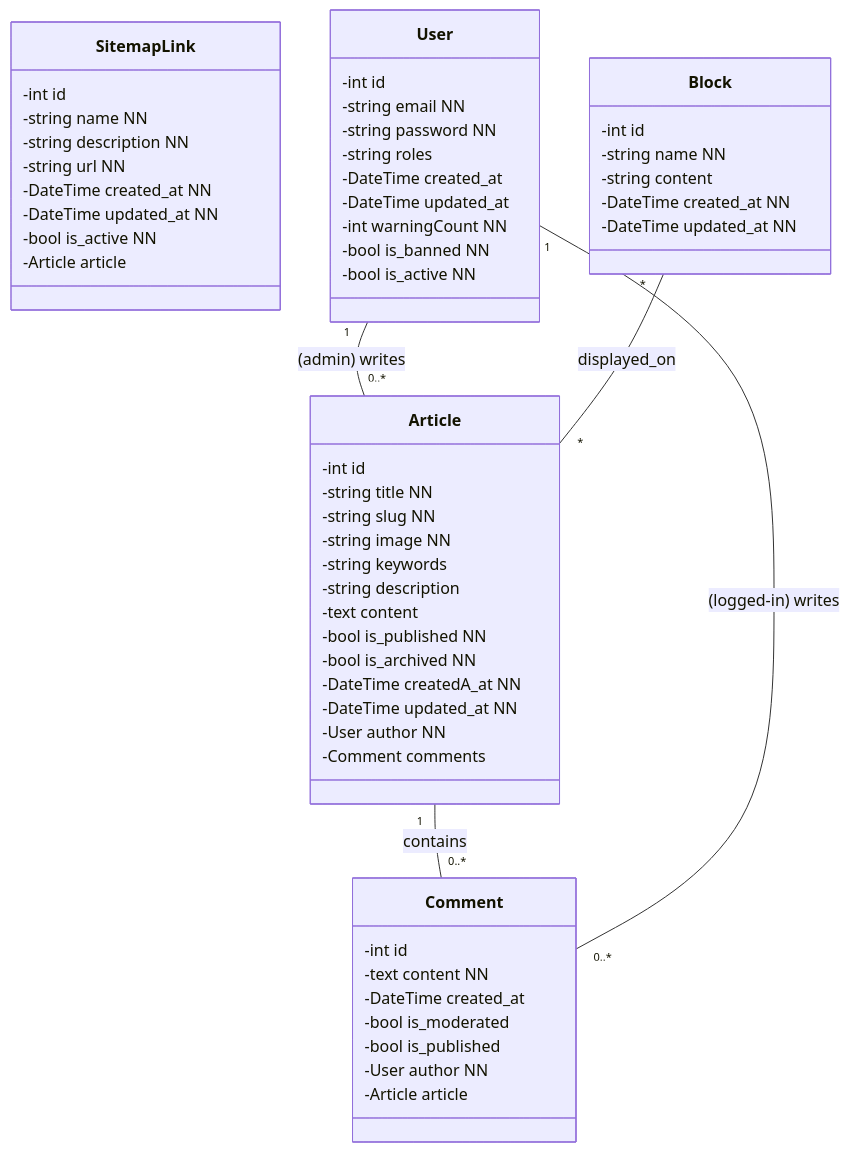
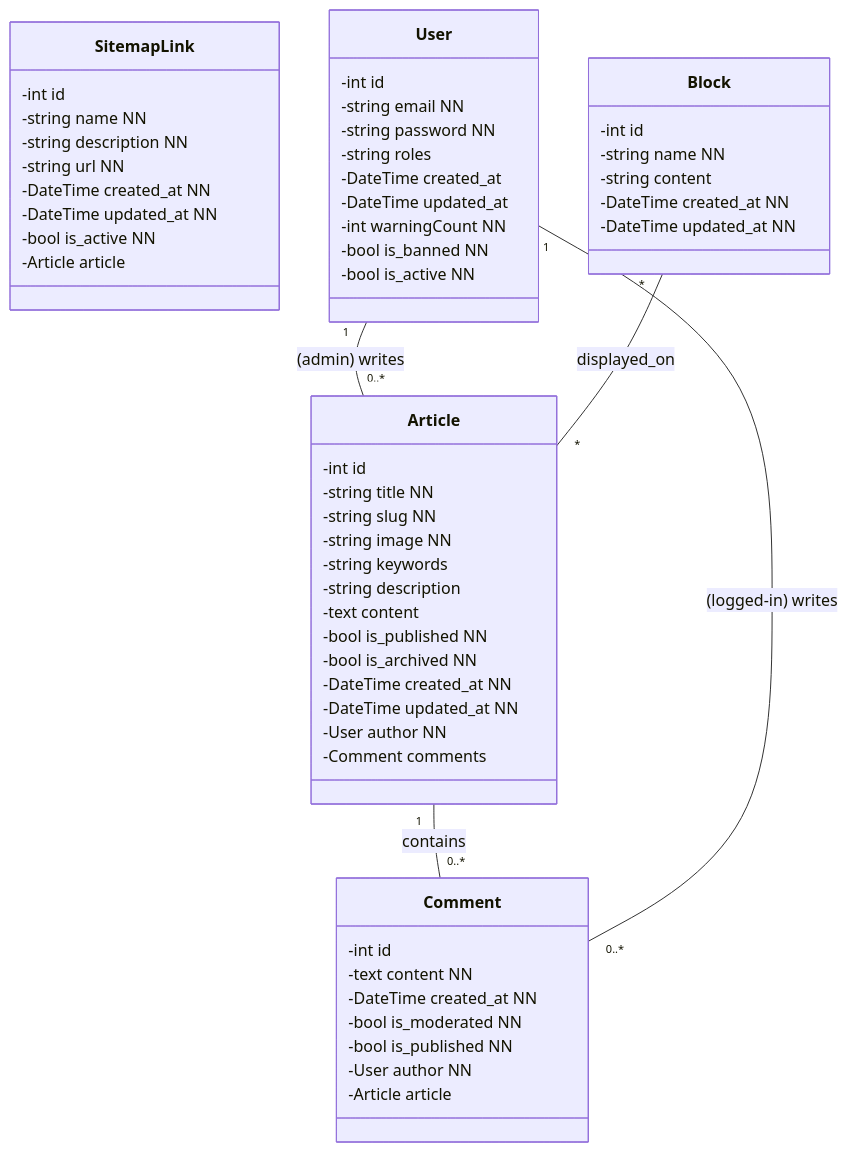
One commit to Jensone/road-to-sf changed the first of 10 diagrams in README.md. Above: the diagram before and after it, drawn with Mermaid.

````diff
--- a/README.md
+++ b/README.md
@@ -25,64 +25,64 @@
 ```mermaid
 classDiagram
   class Article {
     -int id
     -string title NN
     -string slug NN
     -string image NN
     -string keywords 
     -string description
     -text content
     -bool is_published NN
     -bool is_archived NN
-    -DateTime createdA_at NN
+    -DateTime created_at NN
     -DateTime updated_at NN
     -User author NN
     -Comment comments
   }
 
   class SitemapLink {
     -int id
     -string name NN
     -string description NN
     -string url NN
     -DateTime created_at NN
     -DateTime updated_at NN
     -bool is_active NN
     -Article article 
   }
 
   class Comment {
     -int id
     -text content NN
-    -DateTime created_at
-    -bool is_moderated
-    -bool is_published
+    -DateTime created_at NN
+    -bool is_moderated NN
+    -bool is_published NN
     -User author NN
     -Article article
   }
 
   class User {
     -int id
     -string email NN
     -string password NN
     -string roles
     -DateTime created_at
     -DateTime updated_at
     -int warningCount NN
     -bool is_banned NN
     -bool is_active NN
   }
 
   class Block {
     -int id
     -string name NN
     -string content 
     -DateTime created_at NN
     -DateTime updated_at NN
   }
 
   Article "1" -- "0..*" Comment : contains
   User "1" -- "0..*" Article : (admin) writes
   User "1" -- "0..*" Comment : (logged-in) writes
   Block "*" -- "*" Article : displayed_on
 ```
````
